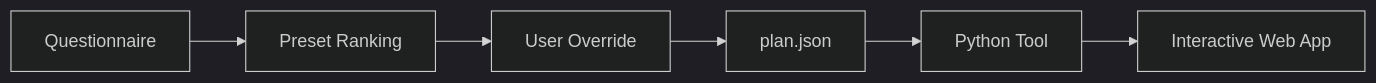
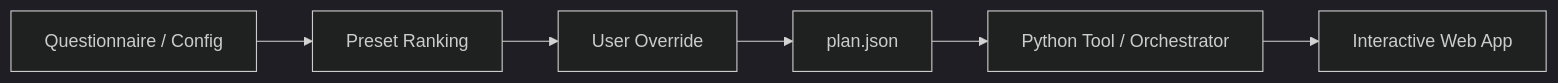
Before and after one commit to cernodatainc/cernodata: the diagram in src/README.md, drawn with Mermaid (dark theme). The commit also changed other lines of this file and 7 other files, not shown here.

````diff
--- a/src/README.md
+++ b/src/README.md
@@ -7,8 +42,8 @@
 ```mermaid
 flowchart LR
-    A[Questionnaire] --> B[Preset Ranking]
+    A[Questionnaire / Config] --> B[Preset Ranking]
     B --> C[User Override]
     C --> D[plan.json]
-    D --> E[Python Tool]
+    D --> E[Python Tool / Orchestrator]
     E --> F[Interactive Web App]
 ```
````
